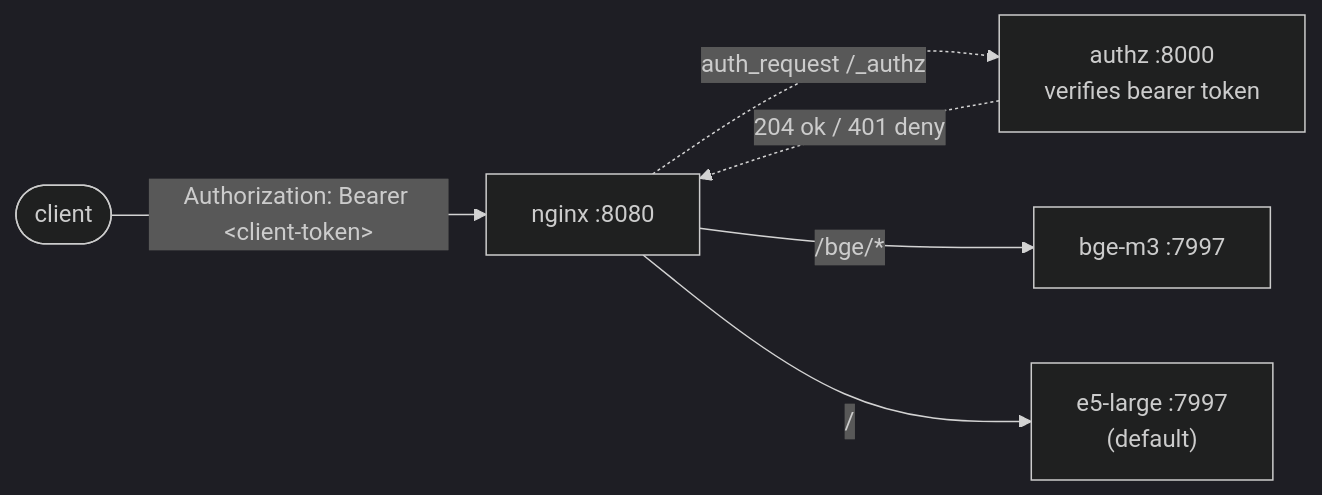
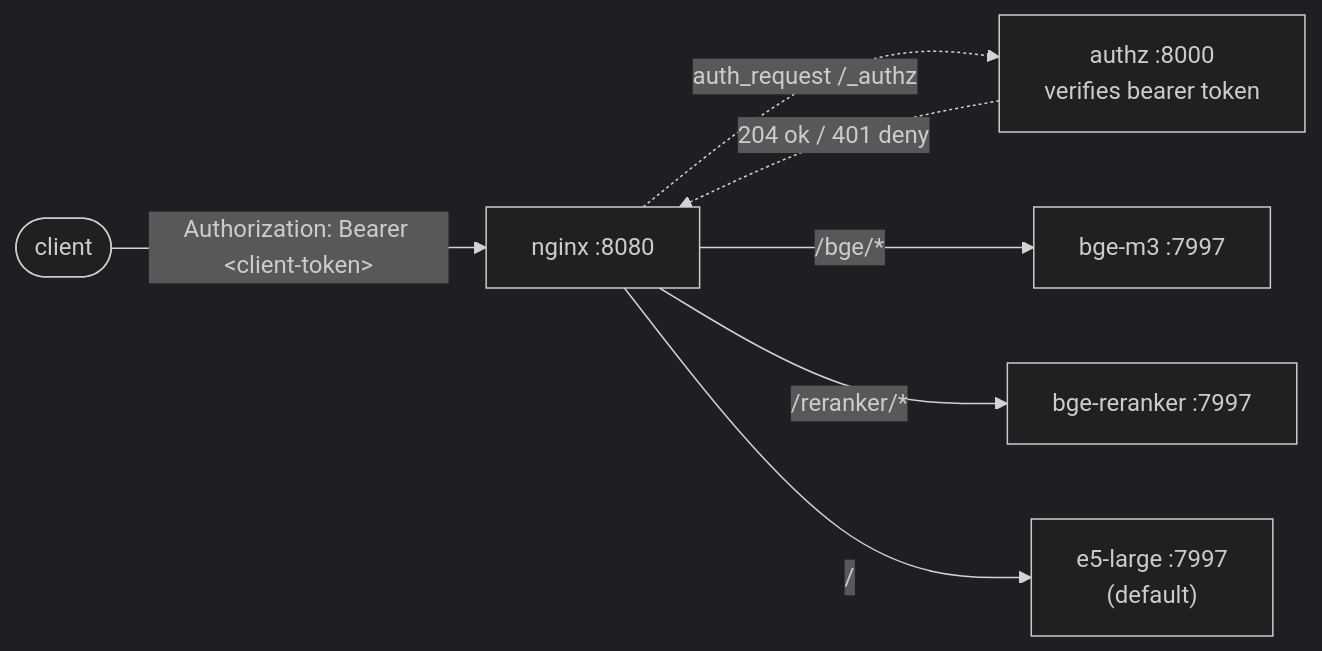
The diagram in README.md (AarhusAI/embedding_infinity_docker), drawn with Mermaid (dark theme) before and after one commit. The commit also changed other lines of this file and 4 other files, not shown here.

````diff
--- a/README.md
+++ b/README.md
@@ -13,14 +13,16 @@
 ```mermaid
 flowchart LR
     client([client])
     nginx["nginx :8080"]
     authz["authz :8000<br/>verifies bearer token"]
     bge["bge-m3 :7997"]
+    rerank["bge-reranker :7997"]
     e5["e5-large :7997<br/>(default)"]
 
     client -- "Authorization: Bearer &lt;client-token&gt;" --> nginx
     nginx -. "auth_request /_authz" .-> authz
     authz -. "204 ok / 401 deny" .-> nginx
     nginx -- "/bge/*" --> bge
+    nginx -- "/reranker/*" --> rerank
     nginx -- "/" --> e5
 ```
````
